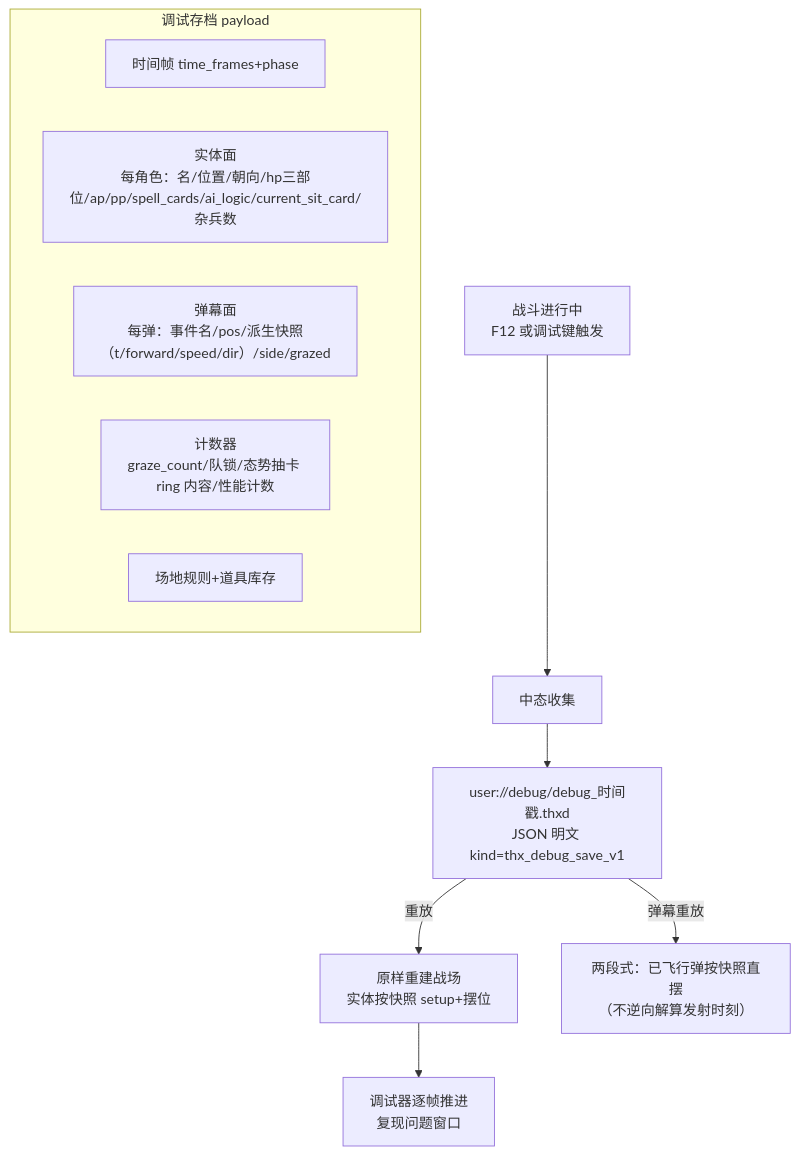
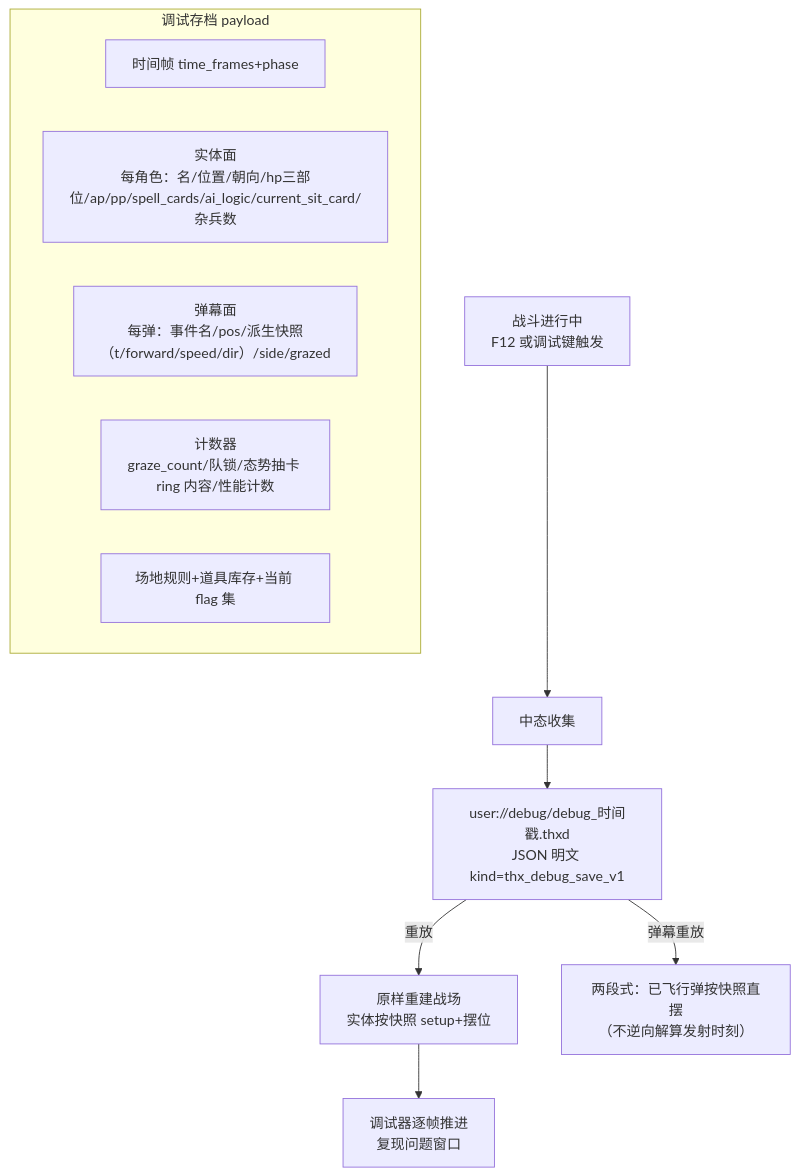
Before and after one commit to Xlonia/THX75: the fourth of 5 diagrams in gameAssetBase/aiTest/0.0.9/设计原型_存档后续流程图.md, drawn with Mermaid. The commit also changed other lines of this file and 2 other files, not shown here.

````diff
--- a/gameAssetBase/aiTest/0.0.9/设计原型_存档后续流程图.md
+++ b/gameAssetBase/aiTest/0.0.9/设计原型_存档后续流程图.md
@@ -34,15 +66,15 @@
 ```mermaid
 flowchart TD
     A[战斗进行中<br/>F12 或调试键触发] --> B[中态收集]
     subgraph B1[调试存档 payload]
         B1a[时间帧 time_frames+phase]
         B1b[实体面<br/>每角色：名/位置/朝向/hp三部位/ap/pp/spell_cards/ai_logic/current_sit_card/杂兵数]
         B1c[弹幕面<br/>每弹：事件名/pos/派生快照（t/forward/speed/dir）/side/grazed]
         B1d[计数器<br/>graze_count/队锁/态势抽卡 ring 内容/性能计数]
-        B1e[场地规则+道具库存]
+        B1e[场地规则+道具库存+当前 flag 集]
     end
     B --> C[user://debug/debug_时间戳.thxd<br/>JSON 明文 kind=thx_debug_save_v1]
     C -->|重放| D[原样重建战场<br/>实体按快照 setup+摆位]
     C -->|弹幕重放| E[两段式：已飞行弹按快照直摆<br/>（不逆向解算发射时刻）]
     D --> F[调试器逐帧推进<br/>复现问题窗口]
 ```
````
